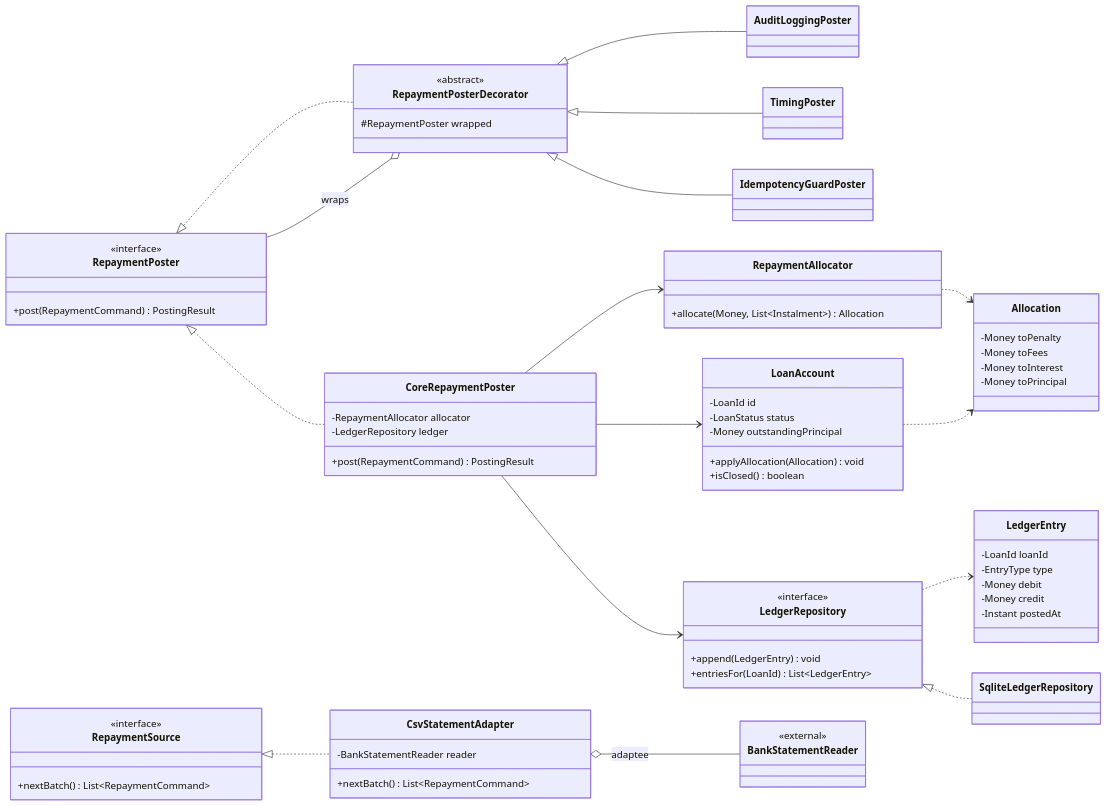
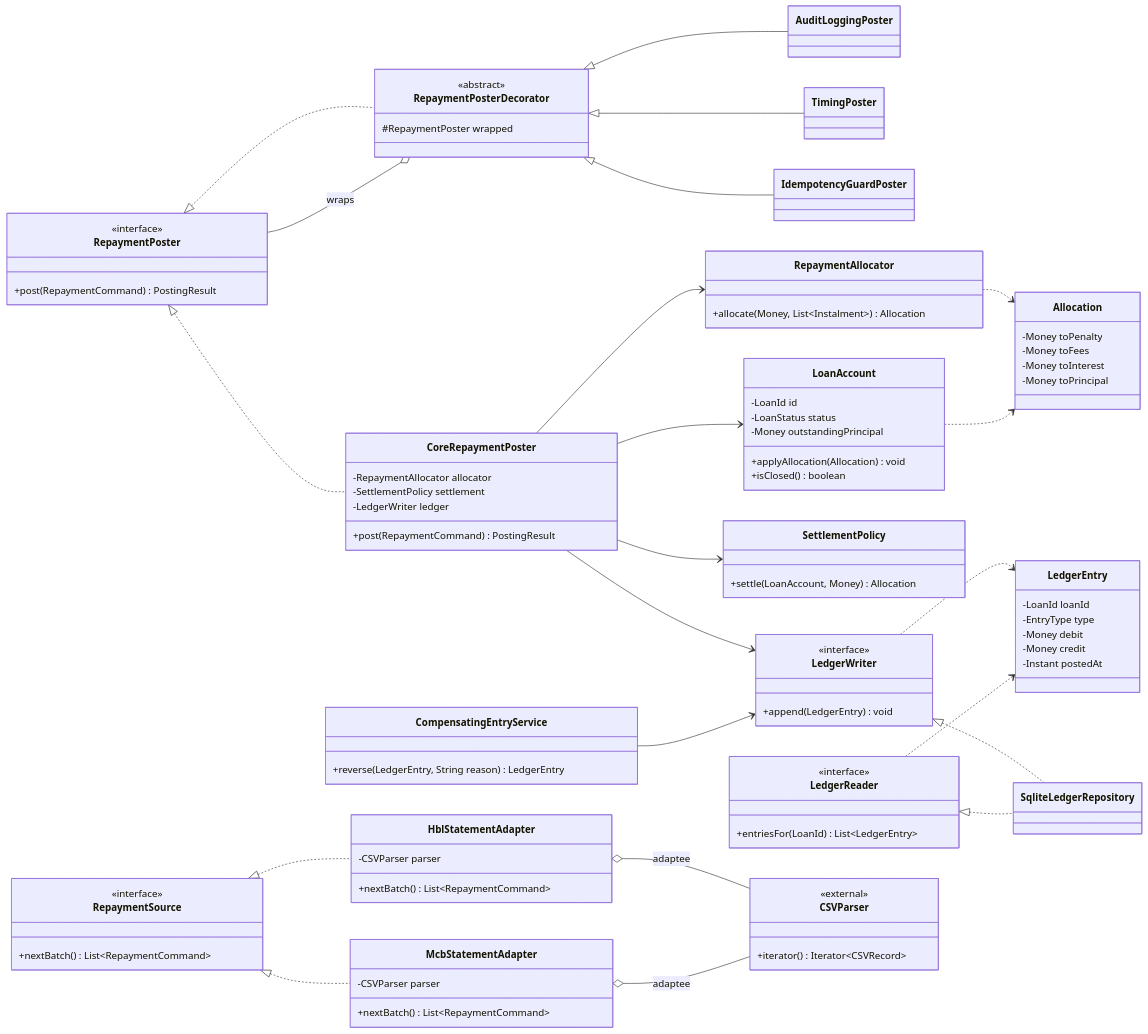
The second of 5 diagrams in docs/M1-SE423-Proposal-OOD-Pattern-Plan.md (MicroLend-SE423/microlend), drawn with Mermaid before and after one commit. The commit also changed other lines of this file, not shown here.

````diff
--- a/docs/M1-SE423-Proposal-OOD-Pattern-Plan.md
+++ b/docs/M1-SE423-Proposal-OOD-Pattern-Plan.md
@@ -218,7 +235,8 @@
     }
     class CoreRepaymentPoster {
         -RepaymentAllocator allocator
-        -LedgerRepository ledger
+        -SettlementPolicy settlement
+        -LedgerWriter ledger
         +post(RepaymentCommand) PostingResult
     }
     class RepaymentPosterDecorator {
@@ -245,6 +263,9 @@
         +applyAllocation(Allocation) void
         +isClosed() boolean
     }
+    class SettlementPolicy {
+        +settle(LoanAccount, Money) Allocation
+    }
     class LedgerEntry {
         -LoanId loanId
         -EntryType type
@@ -252,9 +273,15 @@
         -Money credit
         -Instant postedAt
     }
-    class LedgerRepository {
+    class CompensatingEntryService {
+        +reverse(LedgerEntry, String reason) LedgerEntry
+    }
+    class LedgerWriter {
         <<interface>>
         +append(LedgerEntry) void
+    }
+    class LedgerReader {
+        <<interface>>
         +entriesFor(LoanId) List~LedgerEntry~
     }
     class SqliteLedgerRepository
@@ -263,12 +290,17 @@
         <<interface>>
         +nextBatch() List~RepaymentCommand~
     }
-    class CsvStatementAdapter {
-        -BankStatementReader reader
+    class HblStatementAdapter {
+        -CSVParser parser
         +nextBatch() List~RepaymentCommand~
     }
-    class BankStatementReader {
+    class McbStatementAdapter {
+        -CSVParser parser
+        +nextBatch() List~RepaymentCommand~
+    }
+    class CSVParser {
         <<external>>
+        +iterator() Iterator~CSVRecord~
     }
 
     RepaymentPoster <|.. CoreRepaymentPoster
@@ -279,13 +311,19 @@
     RepaymentPosterDecorator <|-- IdempotencyGuardPoster
 
     CoreRepaymentPoster --> RepaymentAllocator
-    CoreRepaymentPoster --> LedgerRepository
+    CoreRepaymentPoster --> SettlementPolicy
+    CoreRepaymentPoster --> LedgerWriter
     CoreRepaymentPoster --> LoanAccount
     RepaymentAllocator ..> Allocation
     LoanAccount ..> Allocation
-    LedgerRepository ..> LedgerEntry
-    LedgerRepository <|.. SqliteLedgerRepository
+    CompensatingEntryService --> LedgerWriter
+    LedgerWriter ..> LedgerEntry
+    LedgerReader ..> LedgerEntry
+    LedgerWriter <|.. SqliteLedgerRepository
+    LedgerReader <|.. SqliteLedgerRepository
 
-    RepaymentSource <|.. CsvStatementAdapter
-    CsvStatementAdapter o-- BankStatementReader : adaptee
+    RepaymentSource <|.. HblStatementAdapter
+    RepaymentSource <|.. McbStatementAdapter
+    HblStatementAdapter o-- CSVParser : adaptee
+    McbStatementAdapter o-- CSVParser : adaptee
 ```
````
